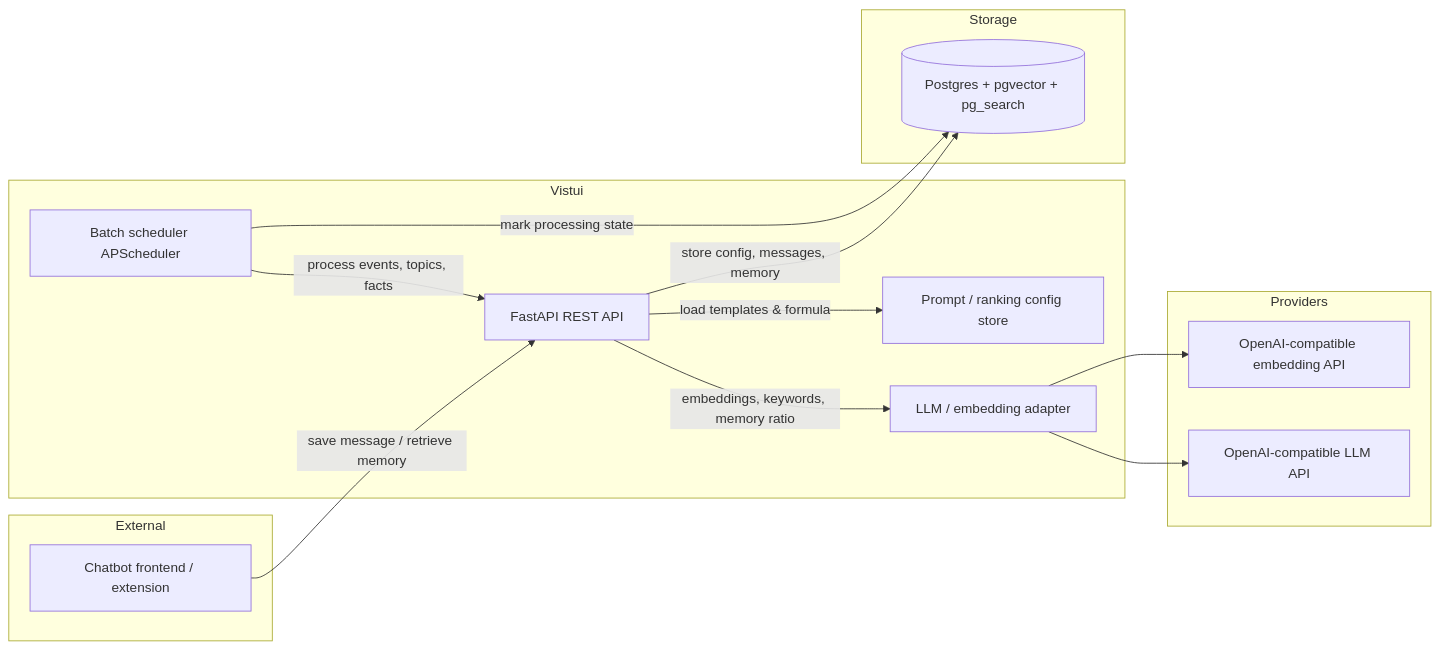
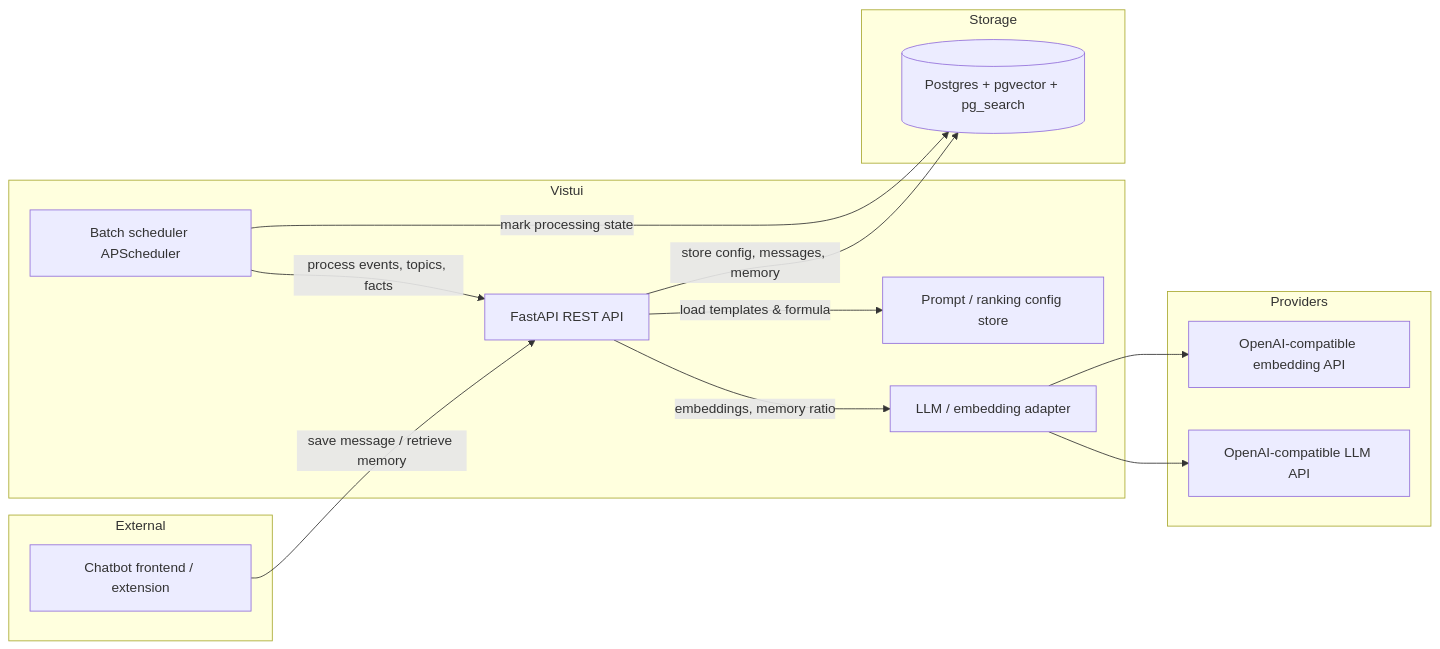
Before and after one commit to Stiralbios/vistui: the diagram in documentations/architecture/system-overview.md, drawn with Mermaid. The commit also changed other lines of this file and 12 other files, not shown here.

````diff
--- a/documentations/architecture/system-overview.md
+++ b/documentations/architecture/system-overview.md
@@ -45,31 +45,31 @@
 ```mermaid
 flowchart LR
     subgraph External
         FE[Chatbot frontend / extension]
     end
 
     subgraph Vistui
         API[FastAPI REST API]
         PS[Prompt / ranking config store]
         BS[Batch scheduler APScheduler]
         LLM[LLM / embedding adapter]
     end
 
     subgraph Storage
         PG[(Postgres + pgvector + pg_search)]
     end
 
     subgraph Providers
         EP1[OpenAI-compatible embedding API]
         LP1[OpenAI-compatible LLM API]
     end
 
     FE -->|save message / retrieve memory| API
     API -->|store config, messages, memory| PG
     API -->|load templates & formula| PS
-    API -->|embeddings, keywords, memory ratio| LLM
+    API -->|embeddings, memory ratio| LLM
     LLM --> EP1
     LLM --> LP1
     BS -->|process events, topics, facts| API
     BS -->|mark processing state| PG
 ```
````
